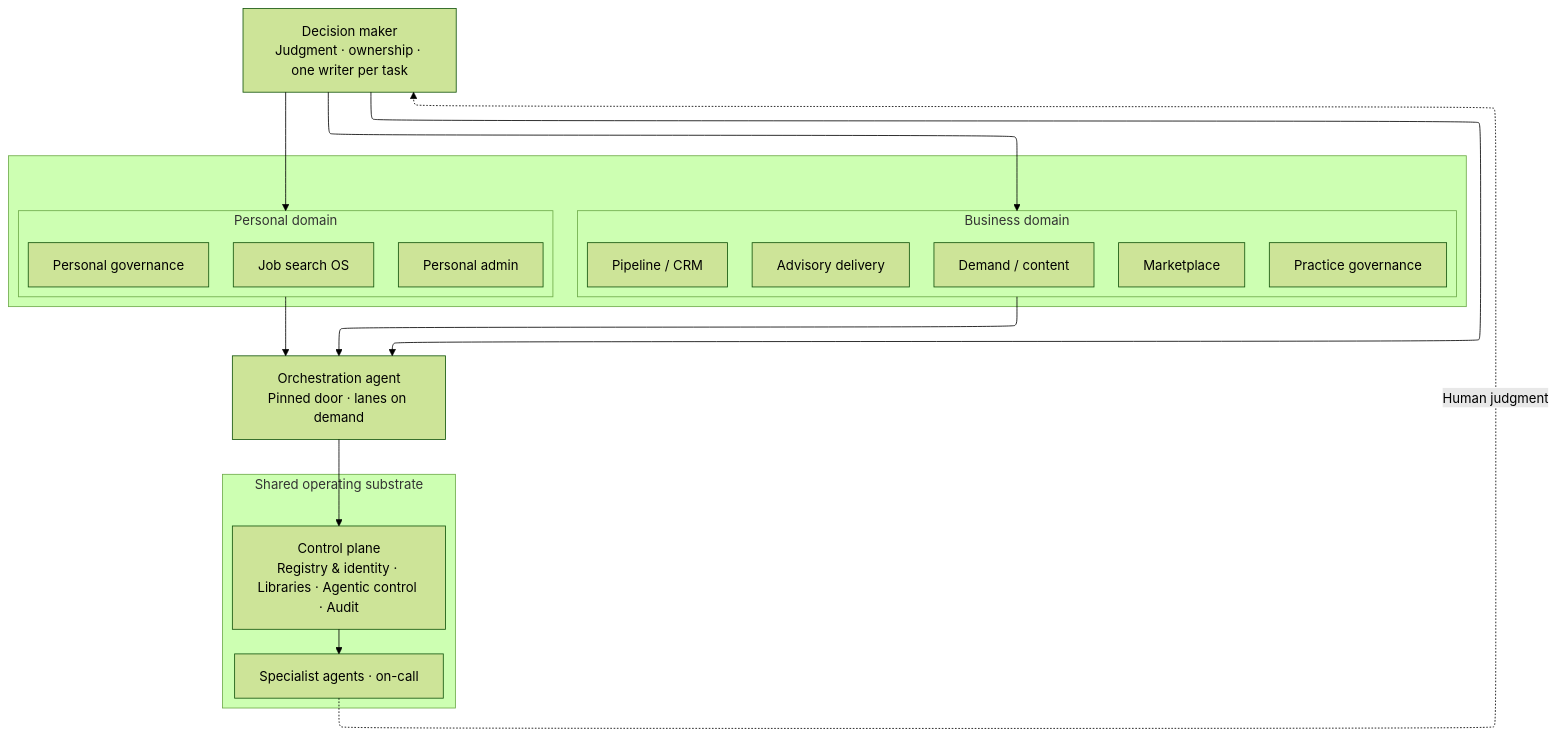
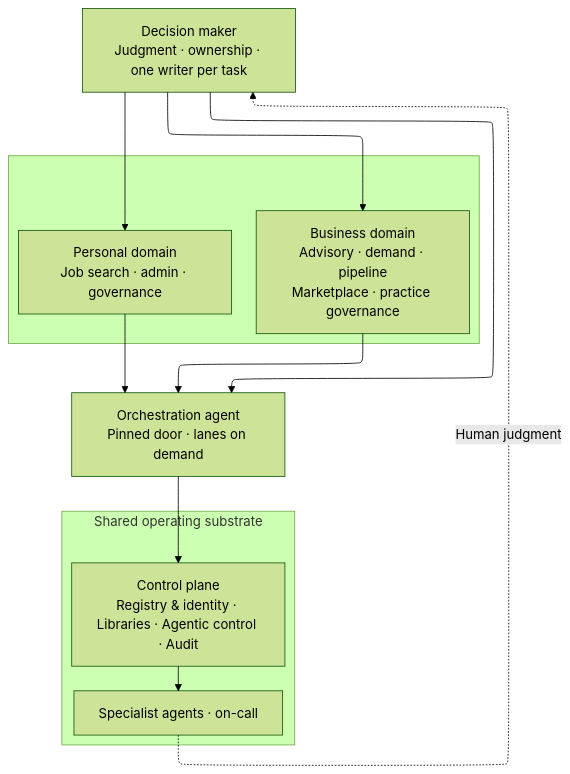
One commit to clintonpracher/operator-portfolio changed the diagram in assets/architecture-one-glance.mmd. Above: the diagram before and after it, drawn with Mermaid (forest theme). The commit also changed 10 other files, not shown here.

```diff
--- a/assets/architecture-one-glance.mmd
+++ b/assets/architecture-one-glance.mmd
@@ -1,40 +1,28 @@
 %%{init: {"flowchart": {"defaultRenderer": "elk"}} }%%
 flowchart TB
   DM["Decision maker<br/>Judgment · ownership · one writer per task"]
 
   subgraph DOMAINS[" "]
     direction LR
 
-    subgraph BIZ["Business domain"]
-      direction TB
-      B1["Advisory delivery"]
-      B2["Demand / content"]
-      B3["Pipeline / CRM"]
-      B4["Marketplace"]
-      B5["Practice governance"]
-    end
+    BIZ["Business domain<br/>Advisory · demand · pipeline<br/>Marketplace · practice governance"]
 
-    subgraph PER["Personal domain"]
-      direction TB
-      P1["Job search OS"]
-      P2["Personal admin"]
-      P3["Personal governance"]
-    end
+    PER["Personal domain<br/>Job search · admin · governance"]
   end
 
   ORCH["Orchestration agent<br/>Pinned door · lanes on demand"]
 
   subgraph SHARED["Shared operating substrate"]
     direction TB
     PLANE["Control plane<br/>Registry & identity · Libraries · Agentic control · Audit"]
     SPEC["Specialist agents · on-call"]
   end
 
   DM --> BIZ
   DM --> PER
   DM --> ORCH
   BIZ --> ORCH
   PER --> ORCH
   ORCH --> PLANE
   PLANE --> SPEC
   SPEC -.->|"Human judgment"| DM
```
